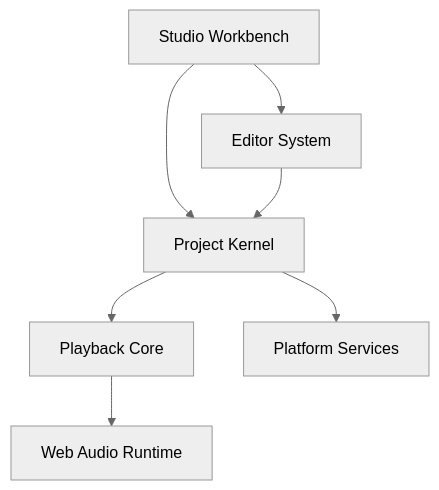
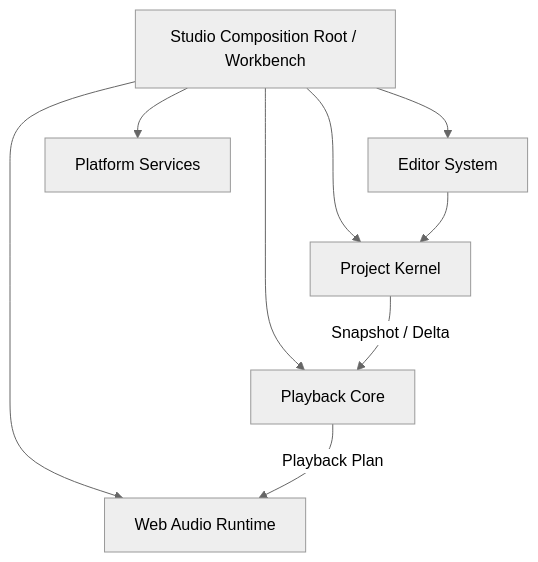
One commit to Dyolem/seele-daw changed the first of 2 diagrams in docs/architecture/web-daw-architecture-brief.md. Above: the diagram before and after it, drawn with Mermaid (neutral theme). The commit also changed other lines of this file and 7 other files, not shown here.

````diff
--- a/docs/architecture/web-daw-architecture-brief.md
+++ b/docs/architecture/web-daw-architecture-brief.md
@@ -131,9 +144,11 @@
-~~~mermaid
+```mermaid
 flowchart TD
-  WB["Studio Workbench"] --> ED["Editor System"]
+  WB["Studio Composition Root / Workbench"] --> ED["Editor System"]
   WB --> PK["Project Kernel"]
+  WB --> PB["Playback Core"]
+  WB --> AR["Web Audio Runtime"]
+  WB --> PF["Platform Services"]
   ED --> PK
-  PK --> PB["Playback Core"]
-  PB --> AR["Web Audio Runtime"]
-  PK --> PF["Platform Services"]
-~~~
+  PK -- "Snapshot / Delta" --> PB
+  PB -- "Playback Plan" --> AR
+```
````
